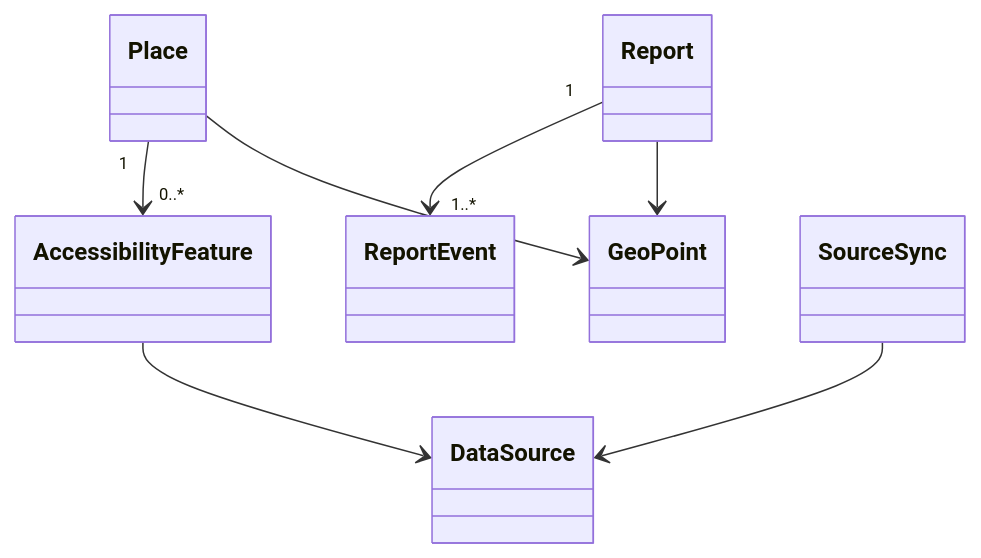
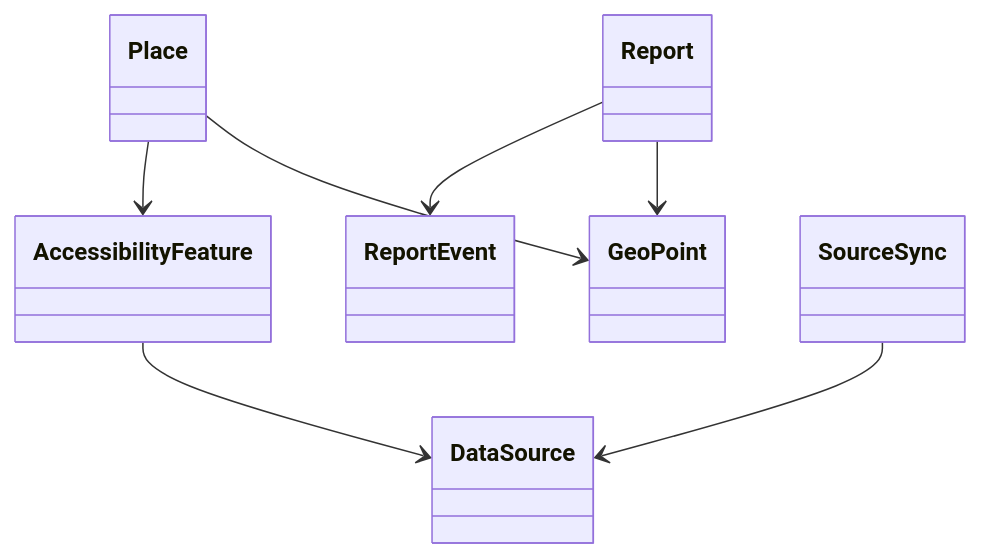
One commit to andreaplini/aegis changed the second of 7 diagrams in docs/RAD.md. Above: the diagram before and after it, drawn with Mermaid. The commit also changed other lines of this file and 2 other files, not shown here.

````diff
--- a/docs/RAD.md
+++ b/docs/RAD.md
@@ -159,9 +264,9 @@
 ```mermaid
 classDiagram
-  Place "1" --> "0..*" AccessibilityFeature
-  Report "1" --> "1..*" ReportEvent
+  Place --> AccessibilityFeature
+  Report --> ReportEvent
   Report --> GeoPoint
   Place --> GeoPoint
   AccessibilityFeature --> DataSource
   SourceSync --> DataSource
 ```
````
